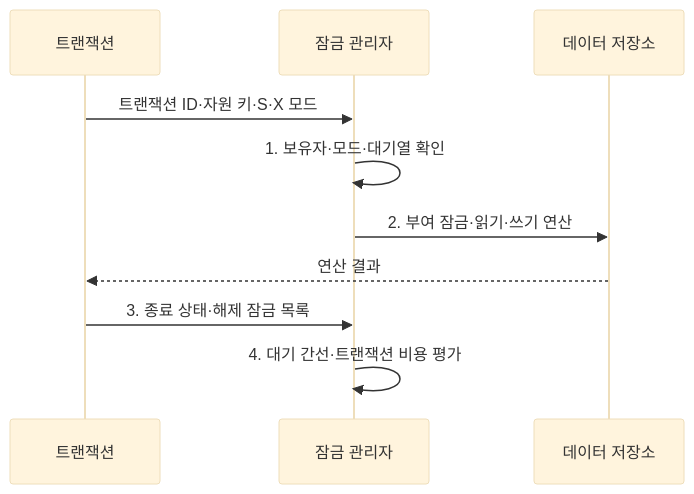
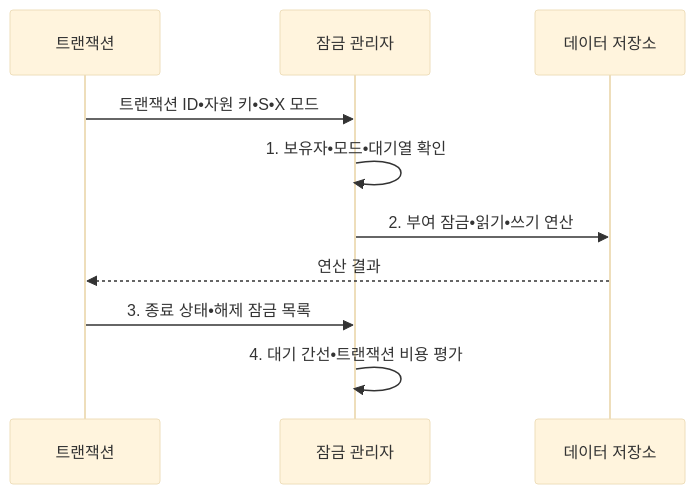
One commit to agnusdei1207/knowledge-base changed the second of 2 diagrams in src/content/docs/notes/03-software/088_two_phase_locking.md. Above: the diagram before and after it, drawn with Mermaid (base theme). The commit also changed other lines of this file and 953 other files, not shown here.

````diff
--- a/src/content/docs/notes/03-software/088_two_phase_locking.md
+++ b/src/content/docs/notes/03-software/088_two_phase_locking.md
@@ -103,12 +103,12 @@
 ```mermaid
 sequenceDiagram
     participant T as 트랜잭션
     participant L as 잠금 관리자
     participant D as 데이터 저장소
-    T->>L: 트랜잭션 ID·자원 키·S·X 모드
-    L->>L: 1. 보유자·모드·대기열 확인
-    L->>D: 2. 부여 잠금·읽기·쓰기 연산
+    T->>L: 트랜잭션 ID•자원 키•S•X 모드
+    L->>L: 1. 보유자•모드•대기열 확인
+    L->>D: 2. 부여 잠금•읽기•쓰기 연산
     D-->>T: 연산 결과
-    T->>L: 3. 종료 상태·해제 잠금 목록
-    L->>L: 4. 대기 간선·트랜잭션 비용 평가
+    T->>L: 3. 종료 상태•해제 잠금 목록
+    L->>L: 4. 대기 간선•트랜잭션 비용 평가
 ```
````
